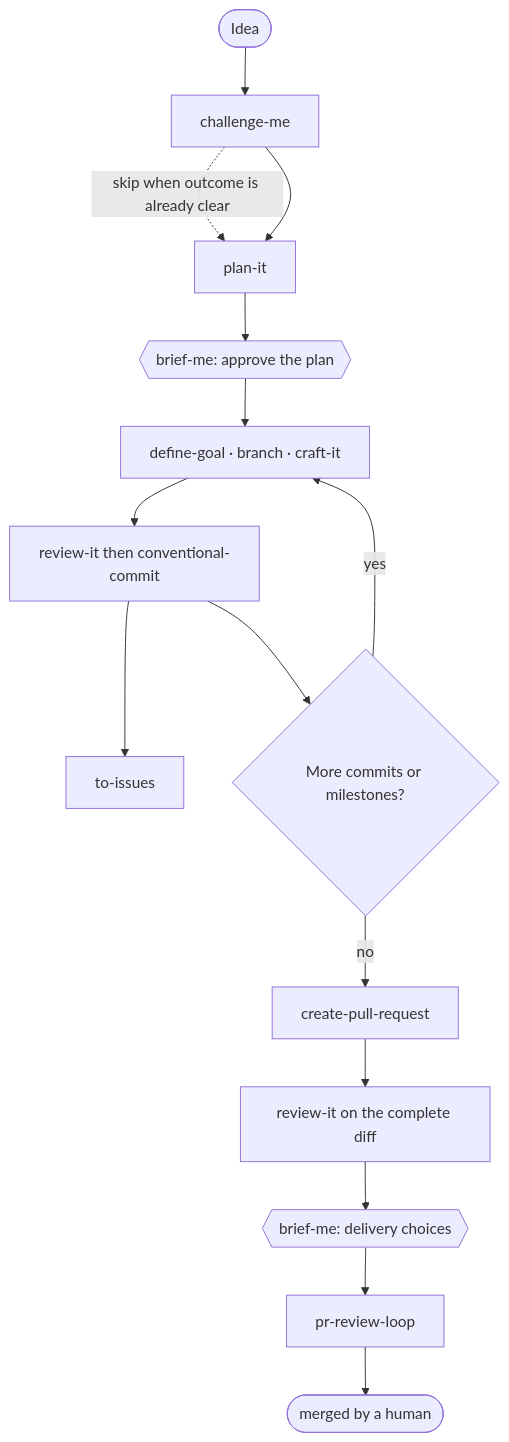
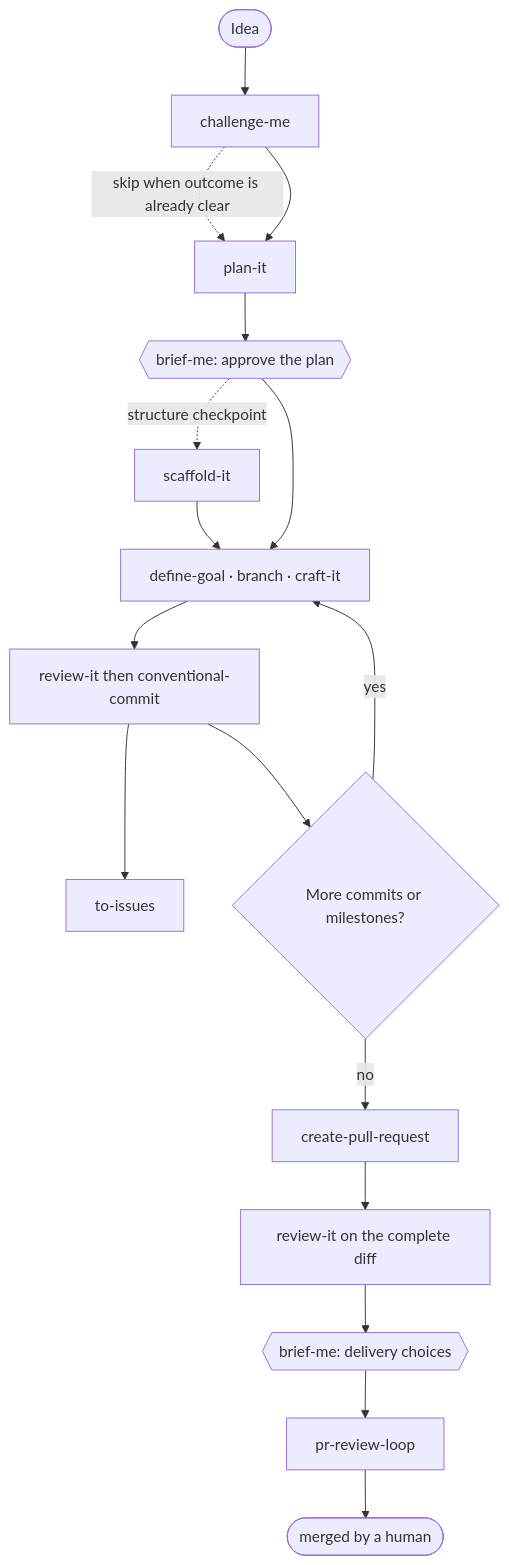
Before and after one commit to typeweaver/skills: the diagram in README.md, drawn with Mermaid. The commit also changed other lines of this file and 6 other files, not shown here.

First line of the commit message:
feat(skills): add scaffold-it for structure approval before implementation

````diff
--- a/README.md
+++ b/README.md
@@ -85,17 +85,19 @@
 ```mermaid
 flowchart TD
     idea([Idea]) --> challenge[challenge-me]
     challenge -.->|skip when outcome is already clear| plan[plan-it]
     challenge --> plan
     plan --> approve{{brief-me: approve the plan}}
-    approve --> build["define-goal · branch · craft-it"]
+    approve -.->|structure checkpoint| scaffold[scaffold-it]
+    scaffold --> build["define-goal · branch · craft-it"]
+    approve --> build
     build --> reviewCommit["review-it then conventional-commit"]
     reviewCommit --> followups[to-issues]
     reviewCommit --> more{More commits or milestones?}
     more -->|yes| build
     more -->|no| pr[create-pull-request]
     pr --> reviewPr["review-it on the complete diff"]
     reviewPr --> deliver{{brief-me: delivery choices}}
     deliver --> loop[pr-review-loop]
     loop --> merged([merged by a human])
 ```
````
